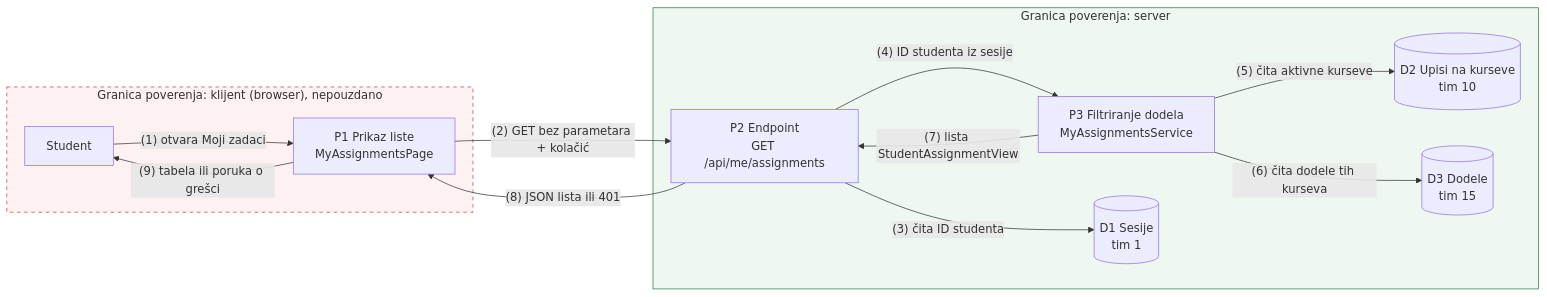
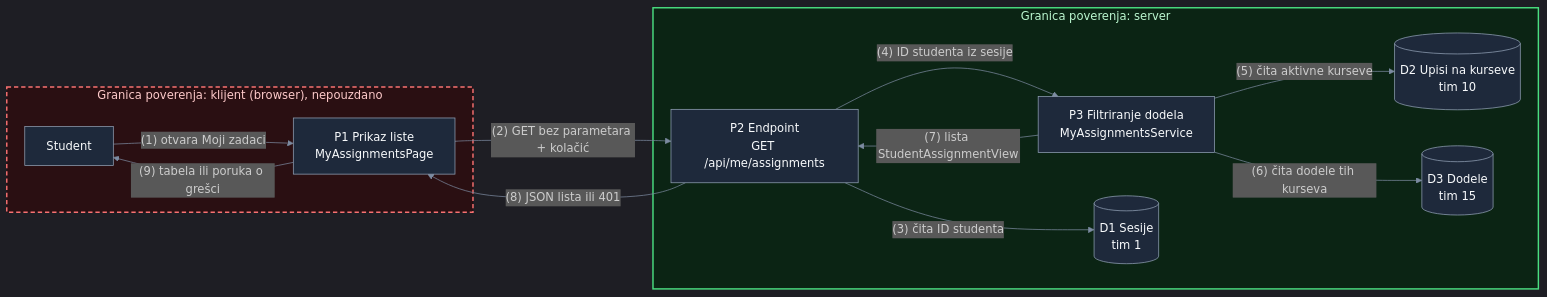
The second of 2 diagrams in docs/components/ASN-02-frontend.md (djufa762x39/security-lab), drawn with Mermaid before and after one commit. The commit also changed other lines of this file, not shown here.

````diff
--- a/docs/components/ASN-02-frontend.md
+++ b/docs/components/ASN-02-frontend.md
@@ -48,28 +52,30 @@
 ```mermaid
+%%{init: {"theme": "dark", "themeVariables": {"lineColor": "#7c8ba1"}}}%%
 flowchart LR
+  classDef default fill:#1e293b,stroke:#94a3b8,color:#f8fafc
   subgraph CLIENT["Granica poverenja: klijent (browser), nepouzdano"]
     S["Student"]
     P1["P1 Prikaz liste<br/>MyAssignmentsPage"]
   end
 
   subgraph SERVER["Granica poverenja: server"]
     P2["P2 Endpoint<br/>GET /api/me/assignments"]
     P3["P3 Filtriranje dodela<br/>MyAssignmentsService"]
     D1[("D1 Sesije<br/>tim 1")]
     D2[("D2 Upisi na kurseve<br/>tim 10")]
     D3[("D3 Dodele<br/>tim 15")]
   end
 
   S -->|"(1) otvara Moji zadaci"| P1
   P1 -->|"(2) GET bez parametara + kolačić"| P2
   P2 -->|"(3) čita ID studenta"| D1
   P2 -->|"(4) ID studenta iz sesije"| P3
   P3 -->|"(5) čita aktivne kurseve"| D2
   P3 -->|"(6) čita dodele tih kurseva"| D3
   P3 -->|"(7) lista StudentAssignmentView"| P2
   P2 -->|"(8) JSON lista ili 401"| P1
   P1 -->|"(9) tabela ili poruka o grešci"| S
 
-  style CLIENT fill:#fdf1f1,stroke:#b54747,stroke-dasharray:5 5
-  style SERVER fill:#eef7f0,stroke:#2f7a45
+  style CLIENT fill:#2a0f12,stroke:#f87171,stroke-width:2px,stroke-dasharray:6 4,color:#fecaca
+  style SERVER fill:#0b2414,stroke:#4ade80,stroke-width:2px,color:#bbf7d0
 ```
````
